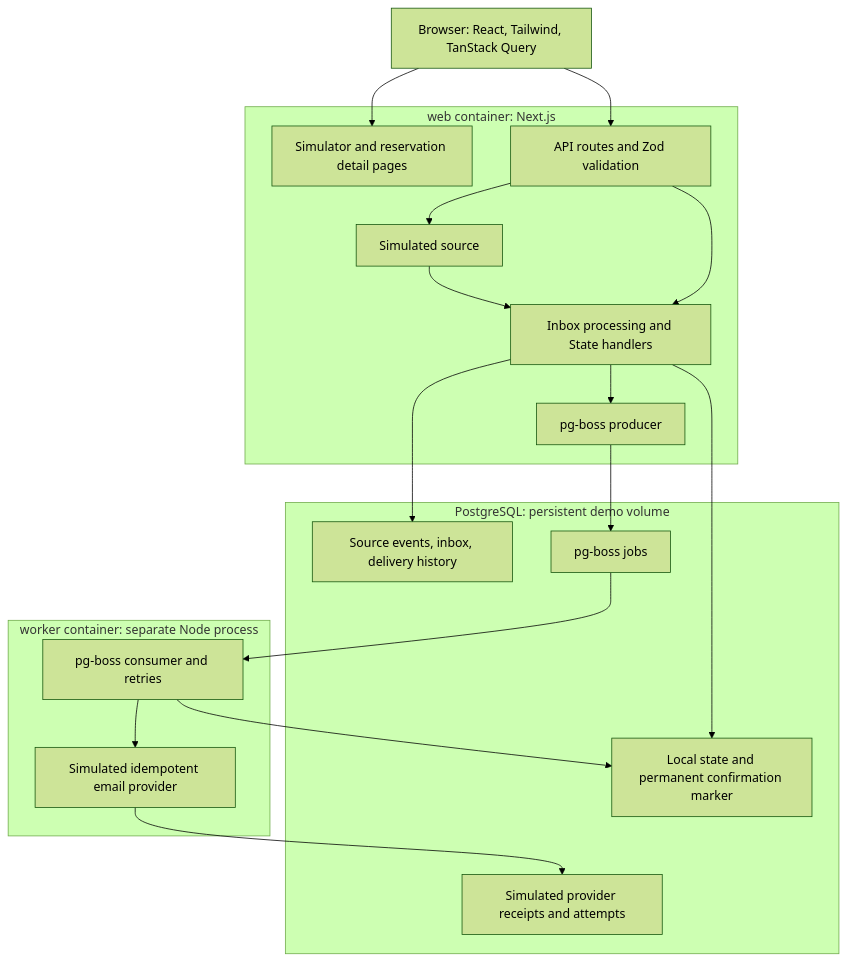
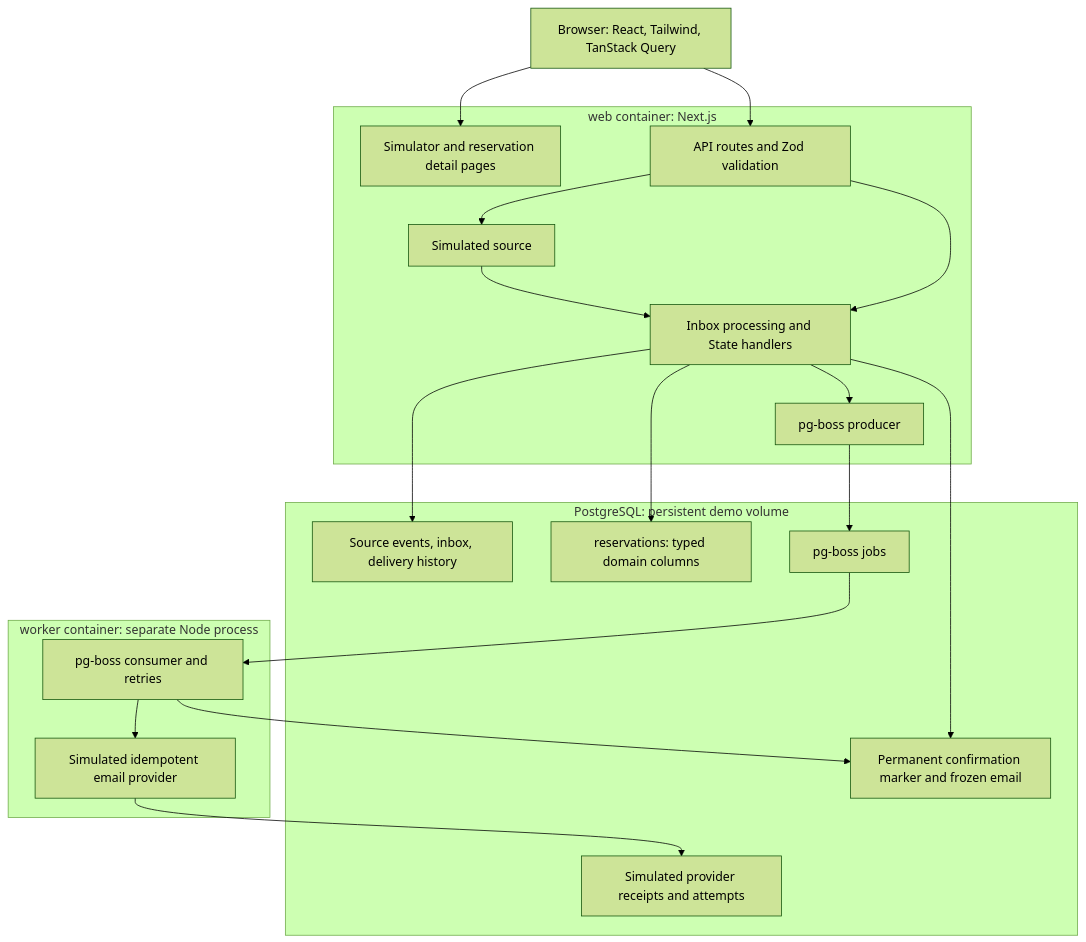
Before and after one commit to dariokozicki/reservation-event-sync: the diagram in docs/architecture.md, drawn with Mermaid (forest theme). The commit also changed other lines of this file and 15 other files, not shown here.

Commit message:
Store reservation domain state in relational columns

````diff
--- a/docs/architecture.md
+++ b/docs/architecture.md
@@ -3,34 +3,36 @@
 ```mermaid
 flowchart TD
   Browser[Browser: React, Tailwind, TanStack Query]
   subgraph Web[web container: Next.js]
     Pages[Simulator and reservation detail pages]
     API[API routes and Zod validation]
     Source[Simulated source]
     Sync[Inbox processing and State handlers]
     Producer[pg-boss producer]
   end
   subgraph Postgres[PostgreSQL: persistent demo volume]
     History[Source events, inbox, delivery history]
-    State[Local state and permanent confirmation marker]
+    State[reservations: typed domain columns]
+    Confirmations[Permanent confirmation marker and frozen email]
     Jobs[pg-boss jobs]
     Receipts[Simulated provider receipts and attempts]
   end
   subgraph Worker[worker container: separate Node process]
     Consumer[pg-boss consumer and retries]
     Provider[Simulated idempotent email provider]
   end
   Browser --> Pages
   Browser --> API
   API --> Source
   Source --> Sync
   API --> Sync
   Sync --> History
   Sync --> State
+  Sync --> Confirmations
   Sync --> Producer
   Producer --> Jobs
   Jobs --> Consumer
   Consumer --> Provider
   Provider --> Receipts
-  Consumer --> State
+  Consumer --> Confirmations
 ```
````
